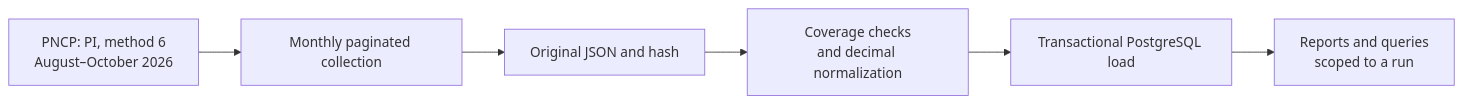
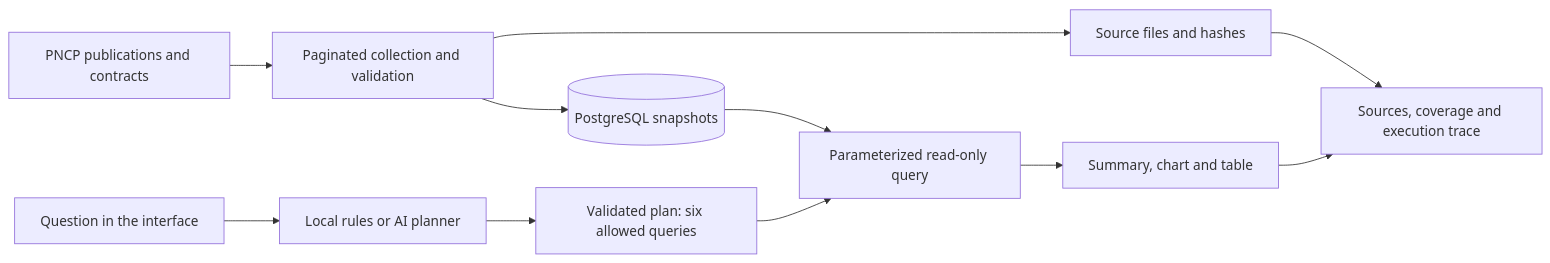
Before and after one commit to luizznelson/asktrace: the diagram in README.en.md, drawn with Mermaid. The commit also changed other lines of this file and 16 other files, not shown here.

````diff
--- a/README.en.md
+++ b/README.en.md
@@ -36,8 +55,13 @@
 ```mermaid
 flowchart LR
- A[PNCP: PI, method 6<br/>August–October 2026] --> B[Monthly paginated collection]
- B --> C[Original JSON and hash]
- C --> D[Coverage checks<br/>and decimal normalization]
- D --> E[Transactional PostgreSQL load]
- E --> F[Reports and queries<br/>scoped to a run]
+    P[PNCP publications and contracts] --> C[Paginated collection and validation]
+    C --> E[Source files and hashes]
+    C --> D[(PostgreSQL snapshots)]
+    U[Question in the interface] --> R[Local rules or AI planner]
+    R --> V[Validated plan: six allowed queries]
+    V --> Q[Parameterized read-only query]
+    D --> Q
+    Q --> A[Summary, chart and table]
+    E --> F[Sources, coverage and execution trace]
+    A --> F
 ```
````
